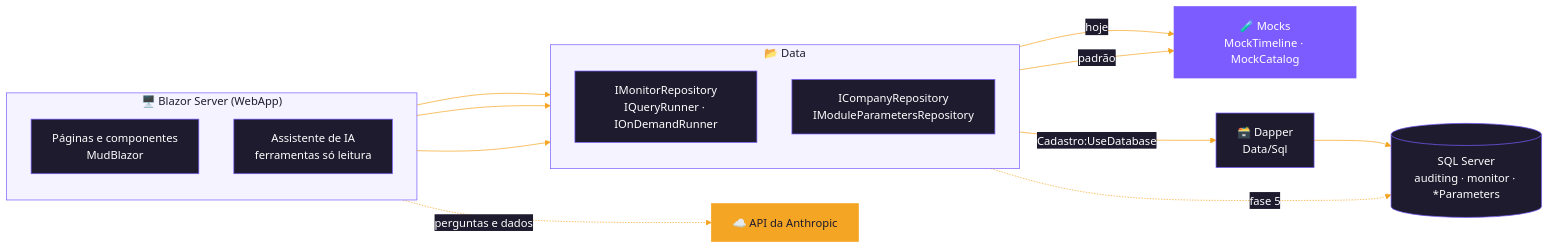
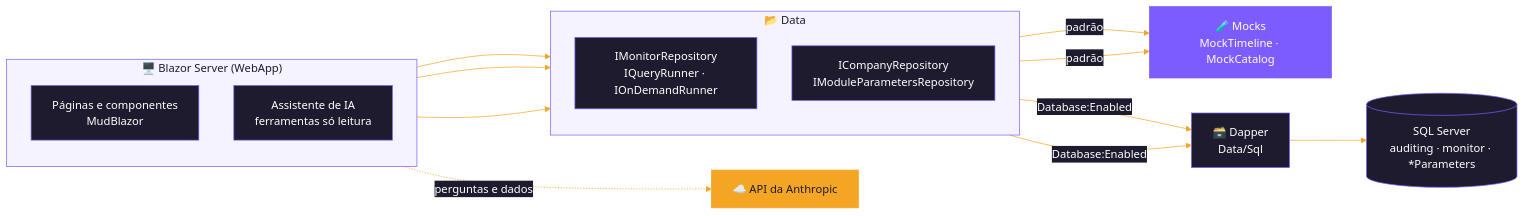
The first of 6 diagrams in src/Frontend/WebApp/README.md (cayo-kume/extract-transform-load-integrations-system), drawn with Mermaid before and after one commit. The commit also changed other lines of this file and 18 other files, not shown here.

````diff
--- a/src/Frontend/WebApp/README.md
+++ b/src/Frontend/WebApp/README.md
@@ -51,34 +53,34 @@
 ```mermaid
 %%{init: {'theme':'base','themeVariables':{'primaryColor':'#1e1b2e','primaryTextColor':'#ffffff','primaryBorderColor':'#7c5cff','lineColor':'#f5a524','textColor':'#1e1b2e','clusterBkg':'#f5f3ff','clusterBorder':'#7c5cff','titleColor':'#1e1b2e','edgeLabelBackground':'#1e1b2e'}}}%%
 flowchart LR
     subgraph UI["🖥️ Blazor Server (WebApp)"]
         direction TB
         PAGES["Páginas e componentes<br/>MudBlazor"]
         ASSIST["Assistente de IA<br/>ferramentas só leitura"]
     end
 
     subgraph DATA["📂 Data"]
         direction TB
         MON["IMonitorRepository<br/>IQueryRunner · IOnDemandRunner"]
         CAD["ICompanyRepository<br/>IModuleParametersRepository"]
     end
 
     MOCK["🧪 Mocks<br/>MockTimeline · MockCatalog"]
     DAPPER["🗃️ Dapper<br/>Data/Sql"]
     DB[("SQL Server<br/>auditing · monitor · *Parameters")]
     CLAUDE["☁️ API da Anthropic"]
 
     PAGES --> MON
     PAGES --> CAD
     ASSIST --> MON
     ASSIST -. "perguntas e dados" .-> CLAUDE
-    MON -- "hoje" --> MOCK
-    MON -. "fase 5" .-> DB
+    MON -- "padrão" --> MOCK
     CAD -- "padrão" --> MOCK
-    CAD -- "Cadastro:UseDatabase" --> DAPPER --> DB
+    MON -- "Database:Enabled" --> DAPPER
+    CAD -- "Database:Enabled" --> DAPPER --> DB
 
     classDef accent fill:#7c5cff,stroke:#7c5cff,color:#ffffff
     classDef warm fill:#f5a524,stroke:#f5a524,color:#1e1b2e
     class MOCK accent
     class CLAUDE warm
 ```
````
